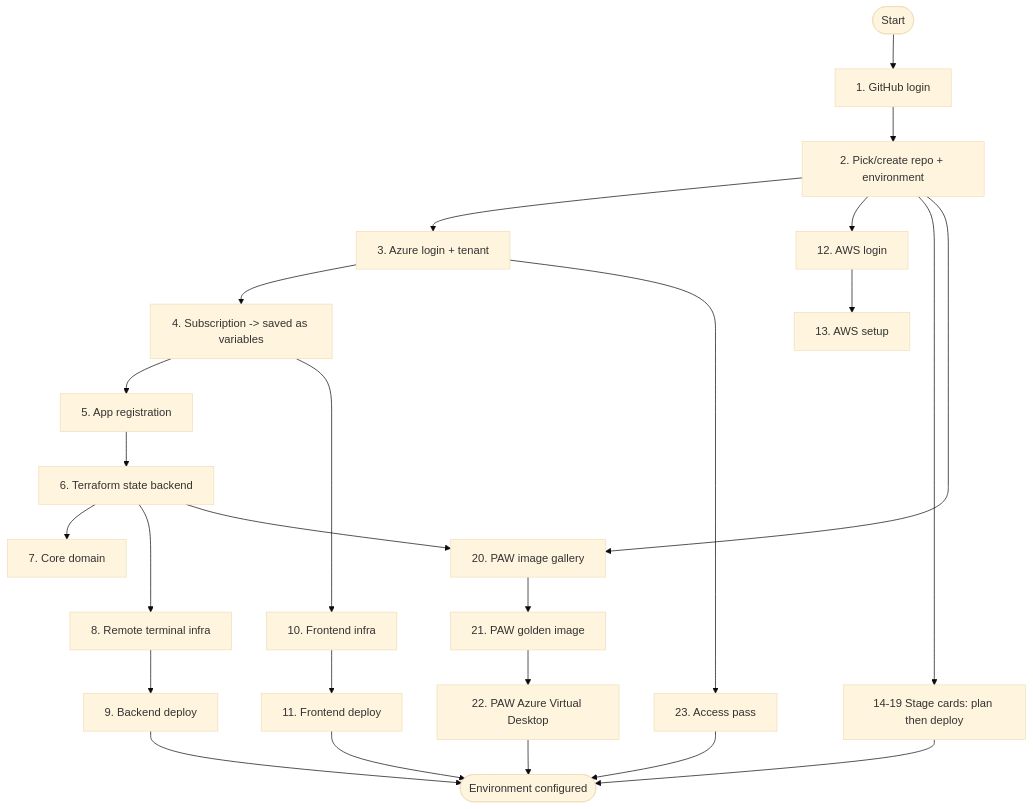
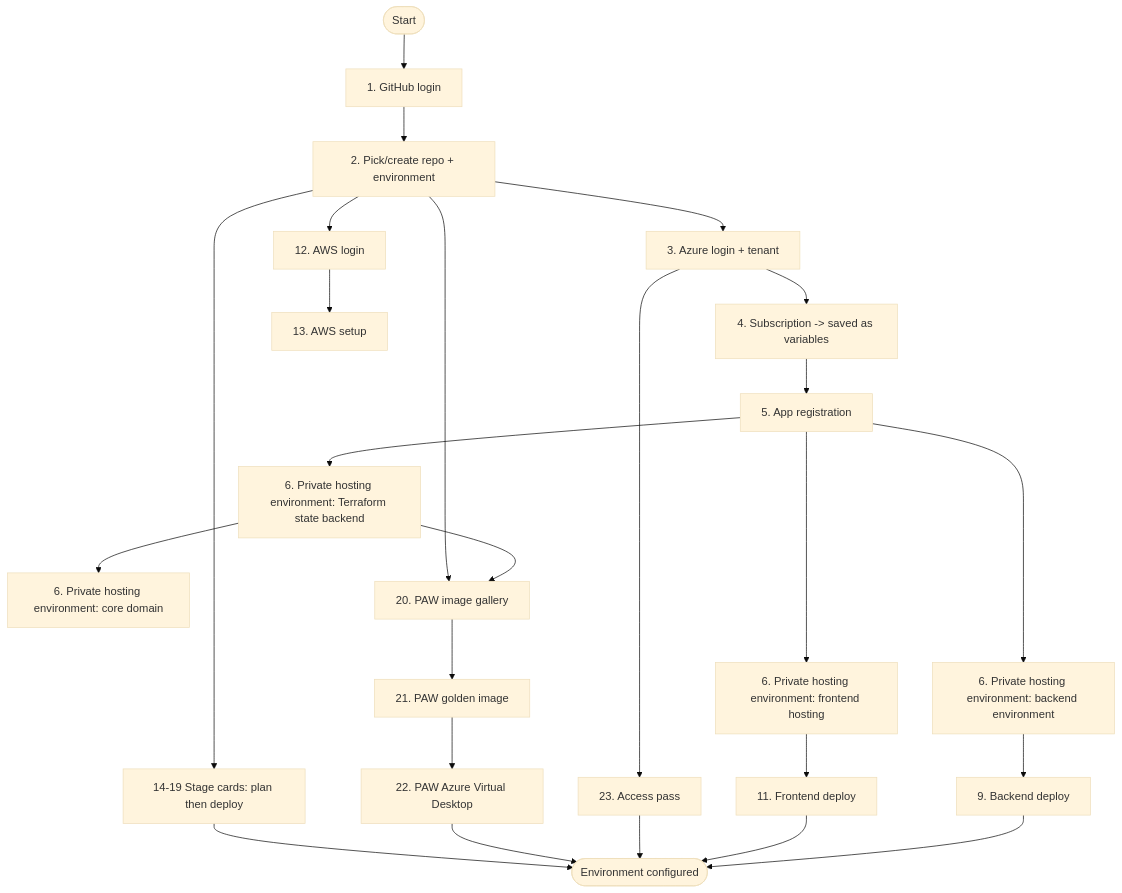
The eighth of 9 diagrams in zeninstallerPvt/ui/UI_UX.md (ZenMe-AU/ZenbloxCore), drawn with Mermaid (base theme) before and after one commit. The commit also changed other lines of this file and 58 other files, not shown here.

Commit message:
refactor: merge CreateDomain, PrivateFrontend, and RemoteTerminal cards into CoreInfra

````diff
--- a/zeninstallerPvt/ui/UI_UX.md
+++ b/zeninstallerPvt/ui/UI_UX.md
@@ -297,27 +300,27 @@
 ```mermaid
 flowchart TD
   S([Start]) --> GH[1. GitHub login]
   GH --> RP[2. Pick/create repo + environment]
   RP --> AL[3. Azure login + tenant]
   AL --> SB[4. Subscription -> saved as variables]
   SB --> AR[5. App registration]
-  AR --> CI[6. Terraform state backend]
-  CI --> DM[7. Core domain]
-  CI --> RT[8. Remote terminal infra]
+  AR --> CI[6. Private hosting environment: Terraform state backend]
+  CI --> DM[6. Private hosting environment: core domain]
+  AR --> RT[6. Private hosting environment: backend environment]
   RT --> BE[9. Backend deploy]
-  SB --> FI[10. Frontend infra]
+  AR --> FI[6. Private hosting environment: frontend hosting]
   FI --> WD[11. Frontend deploy]
   RP --> AWL[12. AWS login]
   AWL --> AWS[13. AWS setup]
   RP --> ST[14-19 Stage cards: plan then deploy]
   RP --> PG[20. PAW image gallery]
   CI --> PG
   PG --> PI[21. PAW golden image]
   PI --> PAW[22. PAW Azure Virtual Desktop]
   AL --> AP[23. Access pass]
   ST --> E([Environment configured])
   PAW --> E
   AP --> E
   WD --> E
   BE --> E
 ```
````
